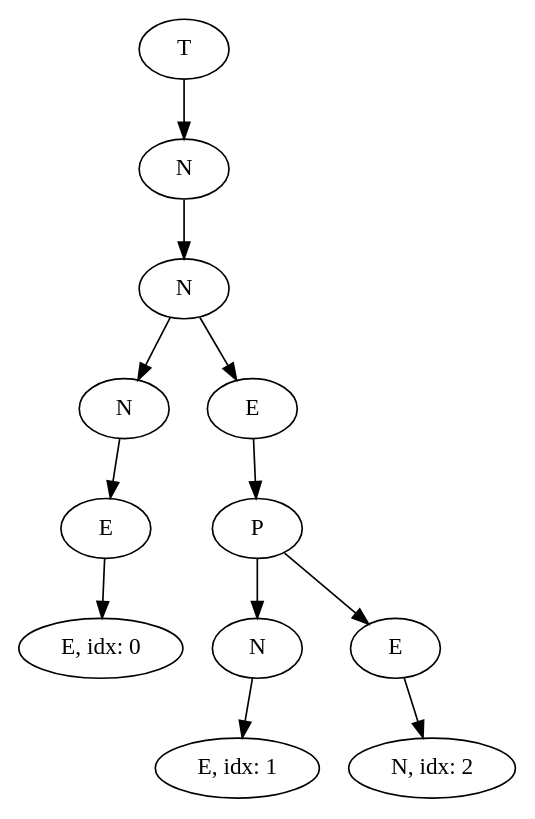
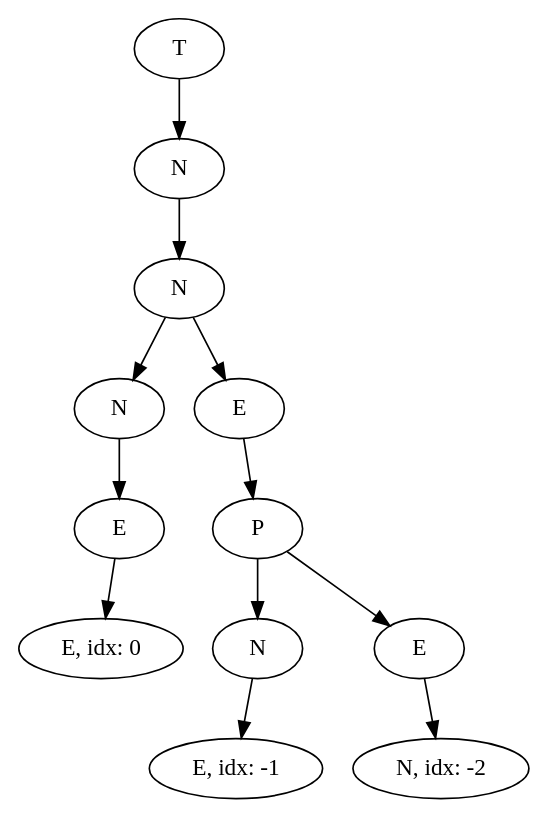
One commit to pepi1707/TomAndJerry changed the diagram in graph.dot. Above: the diagram before and after it, drawn with Graphviz. The commit also changed 13 other files, not shown here.

```diff
--- a/graph.dot
+++ b/graph.dot
@@ -1,25 +1,25 @@
 digraph {
-	94109074819520[label="T"];
-	94109074819520 -> 94109074819584;
-	94109074819584[label="N"];
-	94109074819584 -> 94109074819680;
-	94109074819680[label="N"];
-	94109074819680 -> 94109074819776;
-	94109074819776[label="N"];
-	94109074819776 -> 94109074819872;
-	94109074819872[label="E"];
-	94109074819872 -> 94109074819968;
-	94109074819968[label="E, idx: 0"];
-	94109074819680 -> 94109074820064;
-	94109074820064[label="E"];
-	94109074820064 -> 94109074820160;
-	94109074820160[label="P"];
-	94109074820160 -> 94109074820224;
-	94109074820224[label="N"];
-	94109074820224 -> 94109074820320;
-	94109074820320[label="E, idx: 1"];
-	94109074820160 -> 94109074820416;
-	94109074820416[label="E"];
-	94109074820416 -> 94109074820512;
-	94109074820512[label="N, idx: 2"];
+	94923387906720[label="T"];
+	94923387906720 -> 94923387906784;
+	94923387906784[label="N"];
+	94923387906784 -> 94923387906848;
+	94923387906848[label="N"];
+	94923387906848 -> 94923387906912;
+	94923387906912[label="N"];
+	94923387906912 -> 94923387906976;
+	94923387906976[label="E"];
+	94923387906976 -> 94923387907040;
+	94923387907040[label="E, idx: 0"];
+	94923387906848 -> 94923387907136;
+	94923387907136[label="E"];
+	94923387907136 -> 94923387907232;
+	94923387907232[label="P"];
+	94923387907232 -> 94923387907296;
+	94923387907296[label="N"];
+	94923387907296 -> 94923387907392;
+	94923387907392[label="E, idx: -1"];
+	94923387907232 -> 94923387907488;
+	94923387907488[label="E"];
+	94923387907488 -> 94923387907584;
+	94923387907584[label="N, idx: -2"];
 }
```
